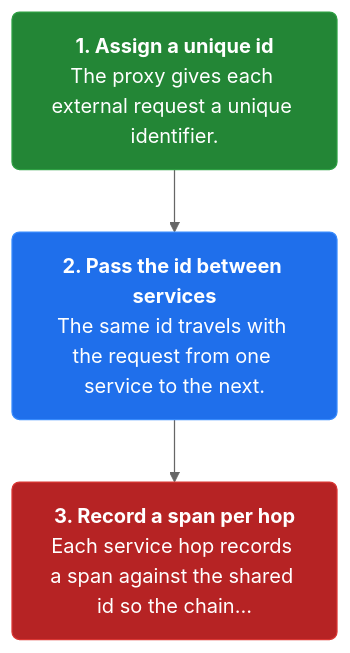
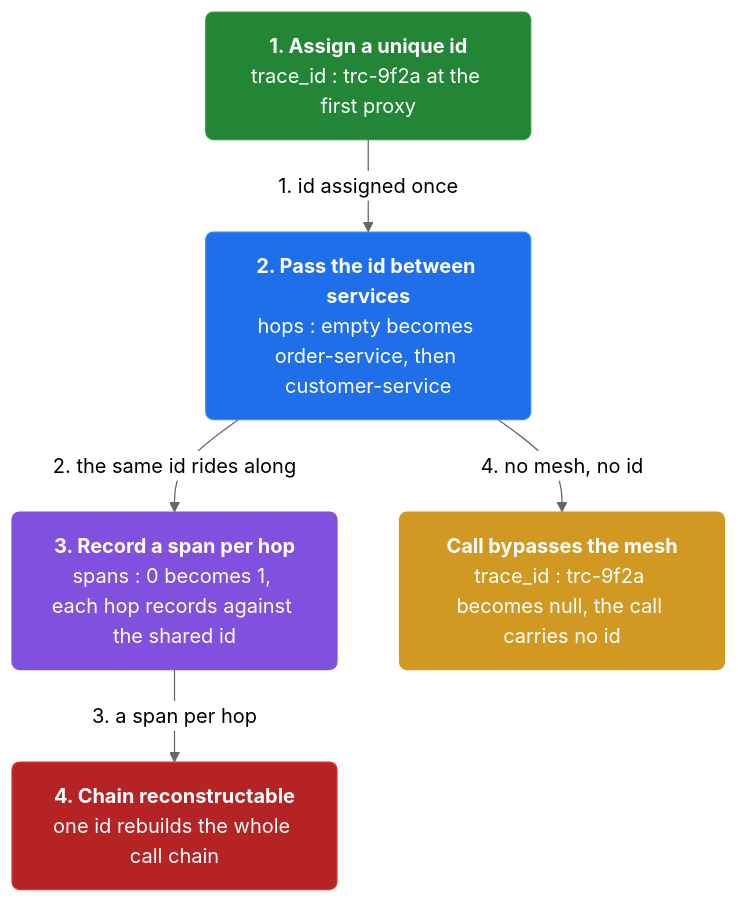
The second of 4 diagrams in docs/ch40-service-mesh.md (vinayakuber/microservices-io-study-guide), drawn with Mermaid (neutral theme) before and after one commit. The commit also changed other lines of this file and 46 other files, not shown here.

First line of the commit message:
Author rich branching flow diagrams for all 44 chapters

````diff
--- a/docs/ch40-service-mesh.md
+++ b/docs/ch40-service-mesh.md
@@ -50,11 +56,17 @@
 ```mermaid
 flowchart TD
-  classDef step fill:#1f6feb,color:#ffffff,stroke:#388bfd,stroke-width:1px,rx:6
+  classDef step fill:#1f6feb,color:#ffffff,stroke:#388bfd,rx:6
+  classDef core fill:#8250df,color:#ffffff,stroke:#8250df,rx:6
+  classDef warn fill:#d29922,color:#ffffff,stroke:#d29922,rx:6
   classDef start fill:#238636,color:#ffffff,stroke:#2ea043,rx:6
   classDef stop fill:#b62324,color:#ffffff,stroke:#da3633,rx:6
-  s1n0["<b>1. Assign a unique id</b><br/>The proxy gives each external request a unique identifier."]:::start
-  s1n1["<b>2. Pass the id between services</b><br/>The same id travels with the request from one service to the next."]:::step
-  s1n2["<b>3. Record a span per hop</b><br/>Each service hop records a span against the shared id so the chain…"]:::stop
-  s1n0 --> s1n1
-  s1n1 --> s1n2
+  n0["<b>1. Assign a unique id</b><br/>trace_id : trc-9f2a at the first proxy"]:::start
+  n1["<b>2. Pass the id between services</b><br/>hops : empty becomes order-service, then customer-service"]:::step
+  n2["<b>3. Record a span per hop</b><br/>spans : 0 becomes 1, each hop records against the shared id"]:::core
+  n3["<b>4. Chain reconstructable</b><br/>one id rebuilds the whole call chain"]:::stop
+  n4["<b>Call bypasses the mesh</b><br/>trace_id : trc-9f2a becomes null, the call carries no id"]:::warn
+  n0 -->|"1. id assigned once"| n1
+  n1 -->|"2. the same id rides along"| n2
+  n2 -->|"3. a span per hop"| n3
+  n1 -->|"4. no mesh, no id"| n4
 ```
````
